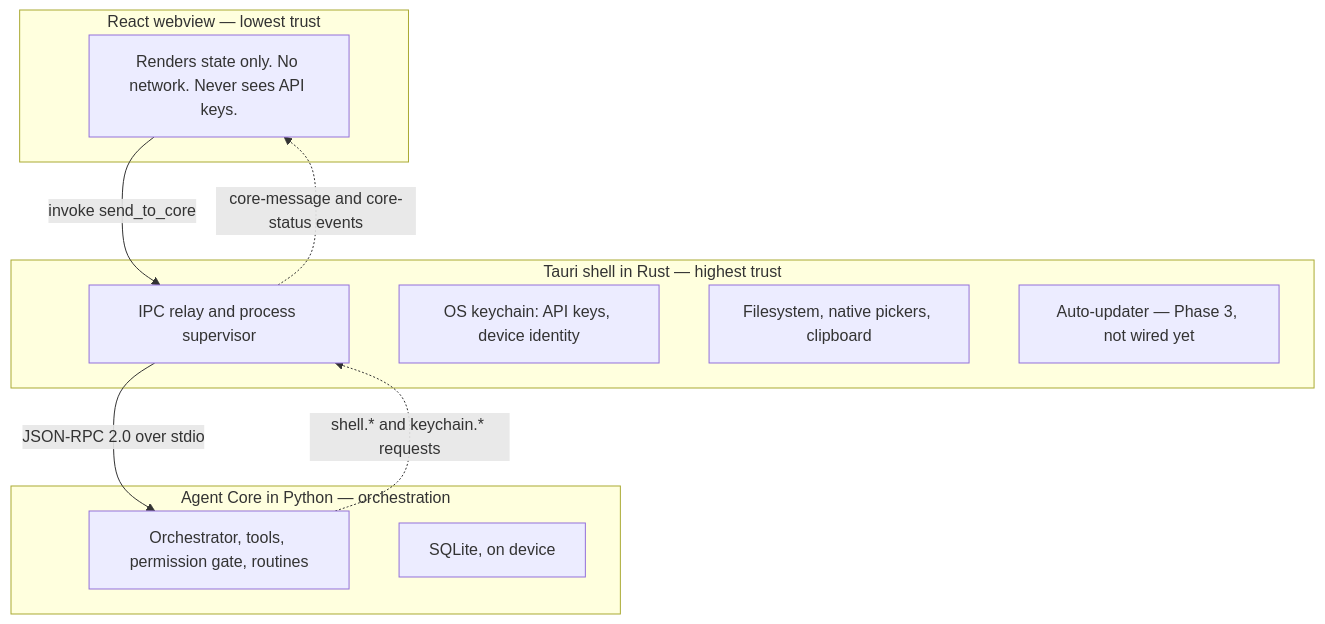
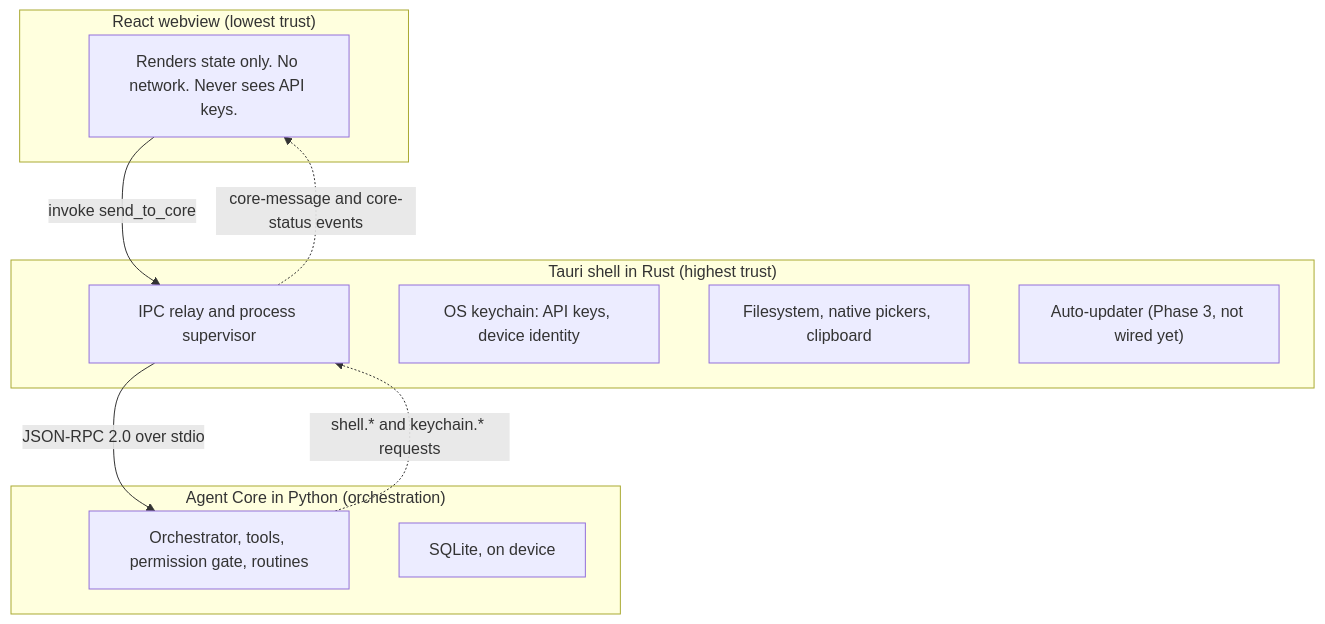
One commit to N041M/Addison changed the diagram in README.md. Above: the diagram before and after it, drawn with Mermaid. The commit also changed other lines of this file and 27 other files, not shown here.

````diff
--- a/README.md
+++ b/README.md
@@ -50,21 +125,21 @@
 ```mermaid
 flowchart TB
-    subgraph webview["React webview — lowest trust"]
+    subgraph webview["React webview (lowest trust)"]
         UI["Renders state only. No network. Never sees API keys."]
     end
-    subgraph shell["Tauri shell in Rust — highest trust"]
+    subgraph shell["Tauri shell in Rust (highest trust)"]
         Relay["IPC relay and process supervisor"]
         KC["OS keychain: API keys, device identity"]
         FS["Filesystem, native pickers, clipboard"]
-        UP["Auto-updater — Phase 3, not wired yet"]
+        UP["Auto-updater (Phase 3, not wired yet)"]
     end
-    subgraph core["Agent Core in Python — orchestration"]
+    subgraph core["Agent Core in Python (orchestration)"]
         Orch["Orchestrator, tools, permission gate, routines"]
         DB["SQLite, on device"]
     end
 
     UI -->|"invoke send_to_core"| Relay
     Relay -->|"JSON-RPC 2.0 over stdio"| Orch
     Orch -.->|"shell.* and keychain.* requests"| Relay
     Relay -.->|"core-message and core-status events"| UI
 ```
````
